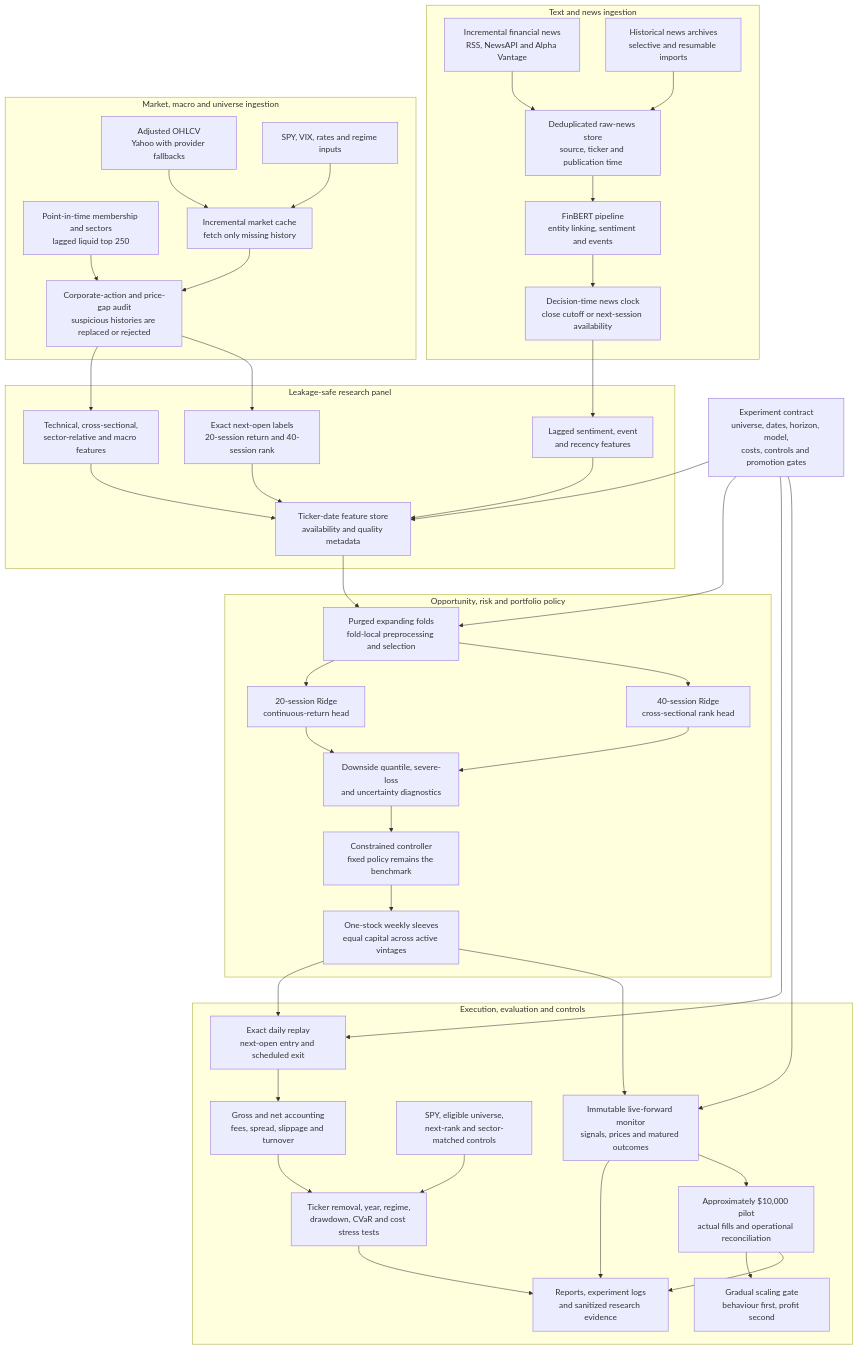
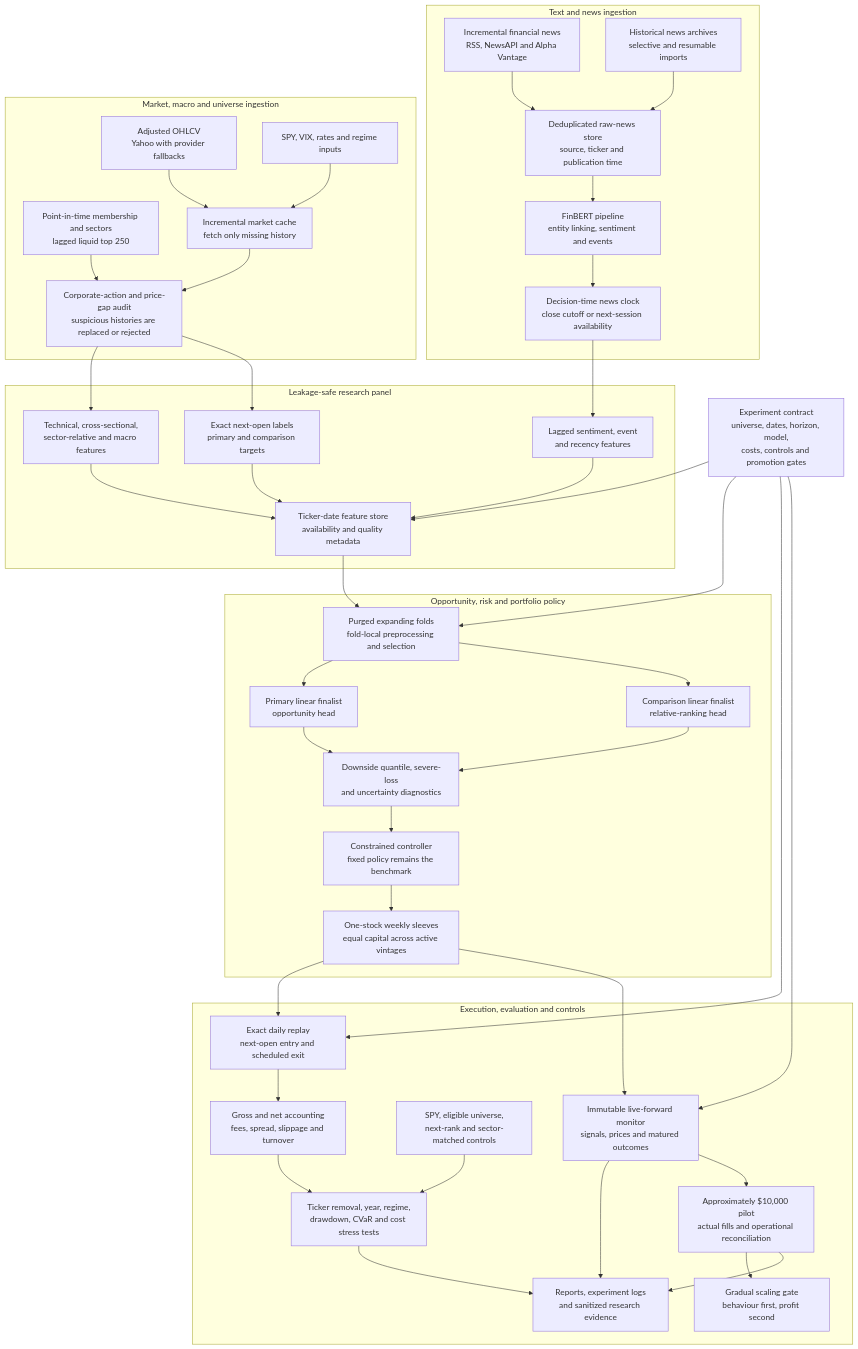
Before and after one commit to HanSun103/AI-Driven-Portfolio-Research-Showcase: the first of 2 diagrams in README.md, drawn with Mermaid. The commit also changed other lines of this file and 12 other files, not shown here.

````diff
--- a/README.md
+++ b/README.md
@@ -178,75 +178,75 @@
 ```mermaid
 flowchart TD
     CONTRACT["Experiment contract<br/>universe, dates, horizon, model,<br/>costs, controls and promotion gates"]
 
     subgraph TEXT["Text and news ingestion"]
         LIVE_NEWS["Incremental financial news<br/>RSS, NewsAPI and Alpha Vantage"]
         HISTORY_NEWS["Historical news archives<br/>selective and resumable imports"]
         RAW_NEWS["Deduplicated raw-news store<br/>source, ticker and publication time"]
         NLP["FinBERT pipeline<br/>entity linking, sentiment and events"]
         CLOCK["Decision-time news clock<br/>close cutoff or next-session availability"]
 
         LIVE_NEWS --> RAW_NEWS
         HISTORY_NEWS --> RAW_NEWS
         RAW_NEWS --> NLP --> CLOCK
     end
 
     subgraph MARKET["Market, macro and universe ingestion"]
         PRICES["Adjusted OHLCV<br/>Yahoo with provider fallbacks"]
         MACRO["SPY, VIX, rates and regime inputs"]
         MEMBERS["Point-in-time membership and sectors<br/>lagged liquid top 250"]
         CACHE["Incremental market cache<br/>fetch only missing history"]
         PRICE_AUDIT["Corporate-action and price-gap audit<br/>suspicious histories are replaced or rejected"]
 
         PRICES --> CACHE --> PRICE_AUDIT
         MACRO --> CACHE
         MEMBERS --> PRICE_AUDIT
     end
 
     subgraph FEATURES["Leakage-safe research panel"]
         QUANT["Technical, cross-sectional,<br/>sector-relative and macro features"]
         SENTIMENT["Lagged sentiment, event<br/>and recency features"]
-        LABELS["Exact next-open labels<br/>20-session return and 40-session rank"]
+        LABELS["Exact next-open labels<br/>primary and comparison targets"]
         STORE["Ticker-date feature store<br/>availability and quality metadata"]
 
         PRICE_AUDIT --> QUANT --> STORE
         CLOCK --> SENTIMENT --> STORE
         PRICE_AUDIT --> LABELS --> STORE
     end
 
     subgraph MODELS["Opportunity, risk and portfolio policy"]
         TEMPORAL["Purged expanding folds<br/>fold-local preprocessing and selection"]
-        RIDGE20["20-session Ridge<br/>continuous-return head"]
-        RIDGE40["40-session Ridge<br/>cross-sectional rank head"]
+        RIDGE_PRIMARY["Primary linear finalist<br/>opportunity head"]
+        RIDGE_COMPARISON["Comparison linear finalist<br/>relative-ranking head"]
         RISK["Downside quantile, severe-loss<br/>and uncertainty diagnostics"]
         CONTROLLER["Constrained controller<br/>fixed policy remains the benchmark"]
         SLEEVES["One-stock weekly sleeves<br/>equal capital across active vintages"]
 
         STORE --> TEMPORAL
-        TEMPORAL --> RIDGE20 --> RISK
-        TEMPORAL --> RIDGE40 --> RISK
+        TEMPORAL --> RIDGE_PRIMARY --> RISK
+        TEMPORAL --> RIDGE_COMPARISON --> RISK
         RISK --> CONTROLLER --> SLEEVES
     end
 
     subgraph EVALUATION["Execution, evaluation and controls"]
         REPLAY["Exact daily replay<br/>next-open entry and scheduled exit"]
         COSTS["Gross and net accounting<br/>fees, spread, slippage and turnover"]
         CONTROLS["SPY, eligible universe,<br/>next-rank and sector-matched controls"]
         STRESS["Ticker removal, year, regime,<br/>drawdown, CVaR and cost stress tests"]
         LIVE_MONITOR["Immutable live-forward monitor<br/>signals, prices and matured outcomes"]
         PILOT["Approximately $10,000 pilot<br/>actual fills and operational reconciliation"]
         SCALE["Gradual scaling gate<br/>behaviour first, profit second"]
         OUTPUT["Reports, experiment logs<br/>and sanitized research evidence"]
 
         SLEEVES --> REPLAY --> COSTS --> STRESS --> OUTPUT
         CONTROLS --> STRESS
         SLEEVES --> LIVE_MONITOR --> OUTPUT
         LIVE_MONITOR --> PILOT --> SCALE
         PILOT --> OUTPUT
     end
 
     CONTRACT --> STORE
     CONTRACT --> TEMPORAL
     CONTRACT --> REPLAY
     CONTRACT --> LIVE_MONITOR
 ```
````
